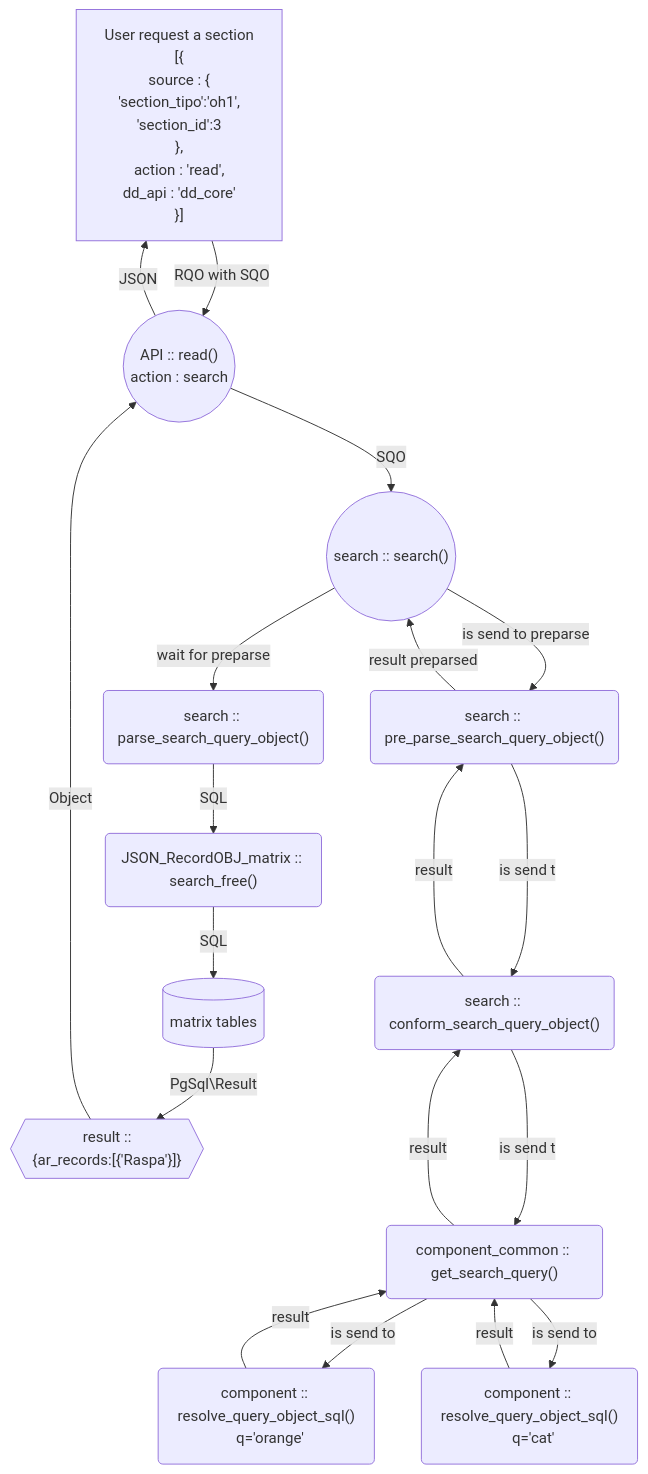
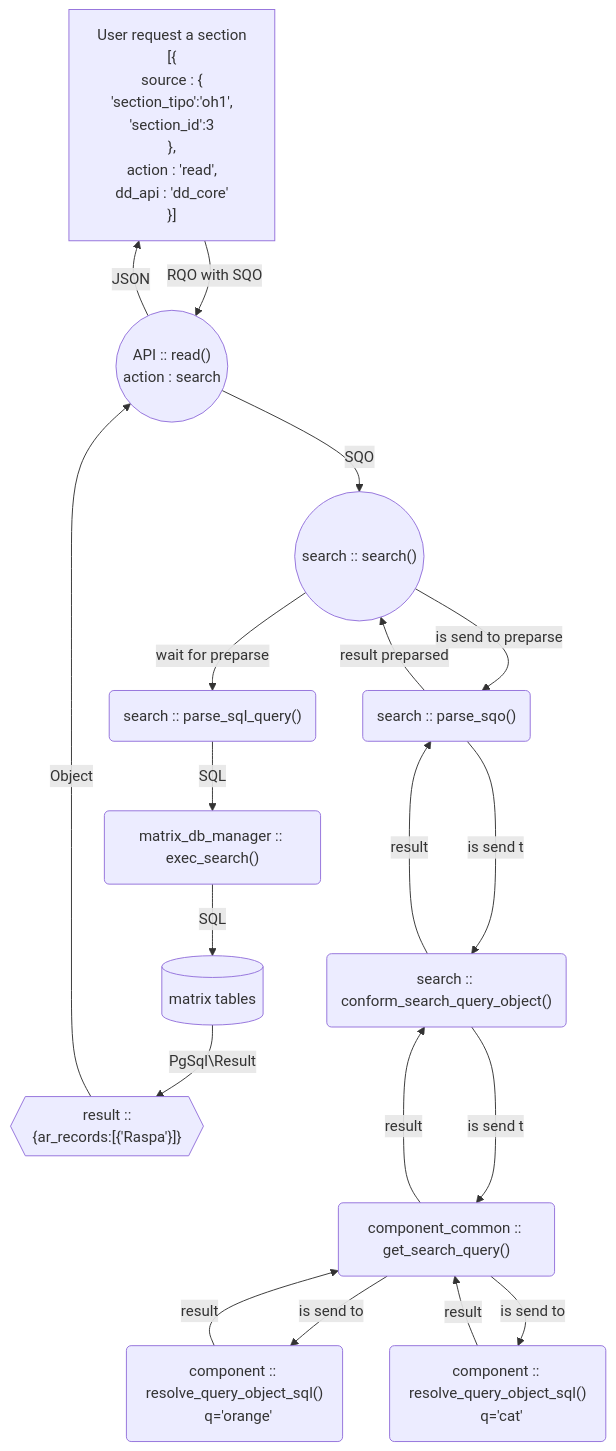
Before and after one commit to renderpci/dedalo: the diagram in docs/core/rqo.md, drawn with Mermaid. The commit also changed 15 other files, not shown here.

Commit message:
change: Replace all calls to `JSON_RecordDataBoundObject::search_free()` with new `matrix_db_manager::exec_search().

````diff
--- a/docs/core/rqo.md
+++ b/docs/core/rqo.md
@@ -32,36 +32,36 @@
 ```mermaid
     graph TD
      A["User request a section
     [{
     source : {
       'section_tipo':'oh1',
       'section_id':3
       },
     action : 'read',
     dd_api : 'dd_core'
     }]"] -- RQO with SQO--> B
     B(("API :: read()
     action : search"))
     B --SQO--> C(("search :: search()" ))
-    C --is send to preparse--> D("search :: pre_parse_search_query_object()" )
+    C --is send to preparse--> D("search :: parse_sqo()" )
     D-- result preparsed -->C
     D --is send to--> E("search :: conform_search_query_object()" )
     E-- result -->D
     E --is send to--> F("component_common :: get_search_query()" )
     F-- result -->E
     F-- is send to -->G
     G("component :: resolve_query_object_sql()
       q='orange'")
     F-- is send to -->H
     H("component :: resolve_query_object_sql()
       q='cat' ")
     G-- result -->F
     H-- result -->F
-    C-- wait for preparse--> I("search :: parse_search_query_object()" )
-    I--SQL--> J("JSON_RecordOBJ_matrix :: search_free()" )
+    C-- wait for preparse--> I("search :: parse_sql_query()" )
+    I--SQL--> J("matrix_db_manager :: exec_search()")
     J--SQL-->Q[(matrix tables)]
     Q --PgSql\Result--> K{{"result ::
     {ar_records:[{'Raspa'}]}"}}
     K --Object--> B
     B --JSON--> A
 ```
````
